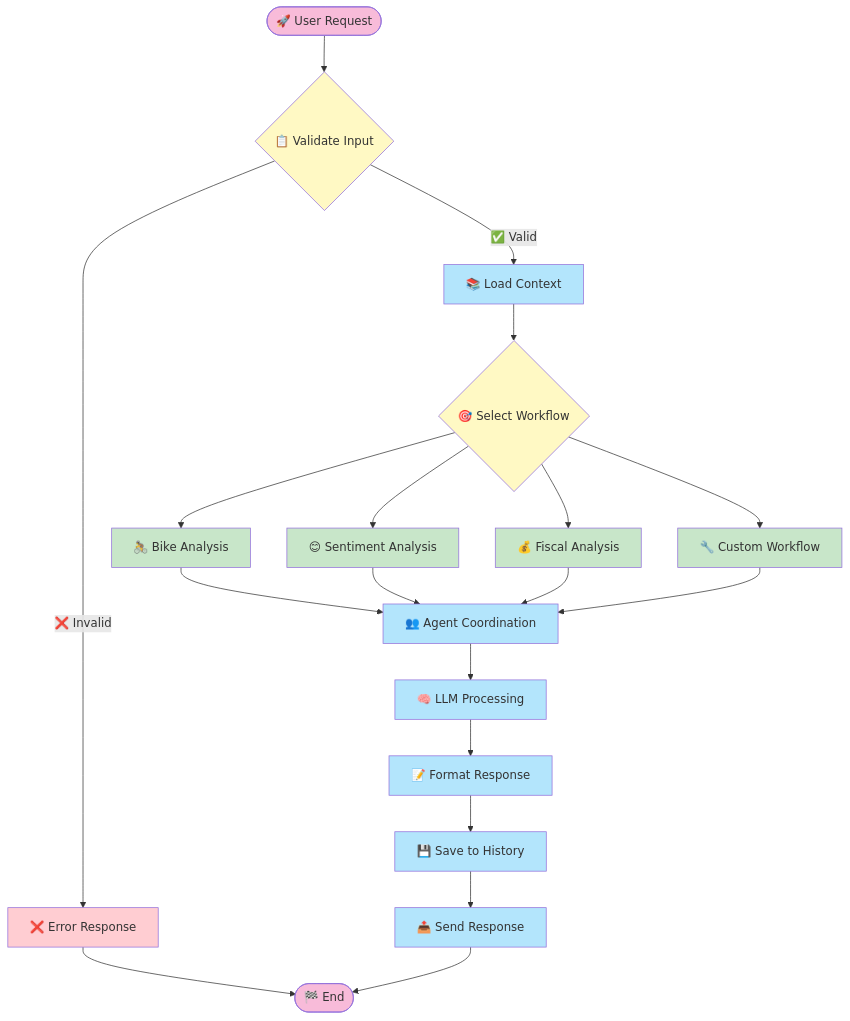
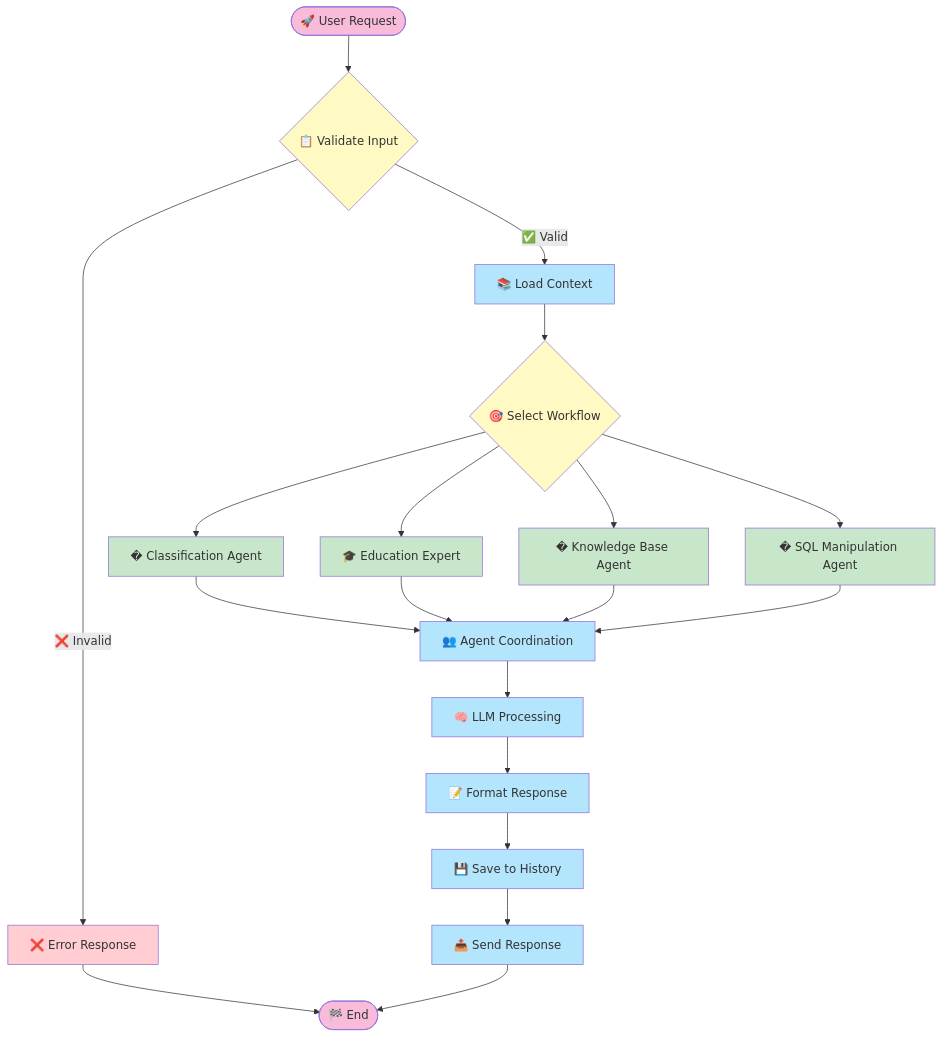
The sixth of 13 diagrams in docs/architecture/README.md (the-ingenious-dark-knight/Insight_Ingenious), drawn with Mermaid before and after one commit. The commit also changed other lines of this file and 3 other files, not shown here.

Commit message:
fix: Update API documentation to include new workflows and agents for classification and education

````diff
--- a/docs/architecture/README.md
+++ b/docs/architecture/README.md
@@ -259,37 +257,37 @@
 ```mermaid
 flowchart TD
     START([🚀 User Request]) --> INPUT_VALIDATION{📋 Validate Input}
     INPUT_VALIDATION -->|✅ Valid| LOAD_CONTEXT[📚 Load Context]
     INPUT_VALIDATION -->|❌ Invalid| ERROR_RESPONSE[❌ Error Response]
 
     LOAD_CONTEXT --> SELECT_WORKFLOW{🎯 Select Workflow}
-    SELECT_WORKFLOW --> BIKE_WORKFLOW[🚴 Bike Analysis]
-    SELECT_WORKFLOW --> SENTIMENT_WORKFLOW[😊 Sentiment Analysis]
-    SELECT_WORKFLOW --> FISCAL_WORKFLOW[💰 Fiscal Analysis]
-    SELECT_WORKFLOW --> CUSTOM_WORKFLOW[🔧 Custom Workflow]
+    SELECT_WORKFLOW --> CLASSIFICATION_WORKFLOW[� Classification Agent]
+    SELECT_WORKFLOW --> EDUCATION_WORKFLOW[🎓 Education Expert]
+    SELECT_WORKFLOW --> KNOWLEDGE_WORKFLOW[� Knowledge Base Agent]
+    SELECT_WORKFLOW --> SQL_WORKFLOW[�️ SQL Manipulation Agent]
 
-    BIKE_WORKFLOW --> AGENT_COORDINATION[👥 Agent Coordination]
-    SENTIMENT_WORKFLOW --> AGENT_COORDINATION
-    FISCAL_WORKFLOW --> AGENT_COORDINATION
-    CUSTOM_WORKFLOW --> AGENT_COORDINATION
+    CLASSIFICATION_WORKFLOW --> AGENT_COORDINATION[👥 Agent Coordination]
+    EDUCATION_WORKFLOW --> AGENT_COORDINATION
+    KNOWLEDGE_WORKFLOW --> AGENT_COORDINATION
+    SQL_WORKFLOW --> AGENT_COORDINATION
 
     AGENT_COORDINATION --> LLM_PROCESSING[🧠 LLM Processing]
     LLM_PROCESSING --> RESPONSE_FORMATTING[📝 Format Response]
     RESPONSE_FORMATTING --> SAVE_HISTORY[💾 Save to History]
     SAVE_HISTORY --> SEND_RESPONSE[📤 Send Response]
 
     ERROR_RESPONSE --> END([🏁 End])
     SEND_RESPONSE --> END
 
     classDef startEnd fill:#f8bbd9
     classDef process fill:#b3e5fc
     classDef decision fill:#fff9c4
     classDef workflow fill:#c8e6c9
     classDef error fill:#ffcdd2
 
     class START,END startEnd
     class LOAD_CONTEXT,AGENT_COORDINATION,LLM_PROCESSING,RESPONSE_FORMATTING,SAVE_HISTORY,SEND_RESPONSE process
     class INPUT_VALIDATION,SELECT_WORKFLOW decision
-    class BIKE_WORKFLOW,SENTIMENT_WORKFLOW,FISCAL_WORKFLOW,CUSTOM_WORKFLOW workflow
+    class CLASSIFICATION_WORKFLOW,EDUCATION_WORKFLOW,KNOWLEDGE_WORKFLOW,SQL_WORKFLOW workflow
     class ERROR_RESPONSE error
 ```
````
